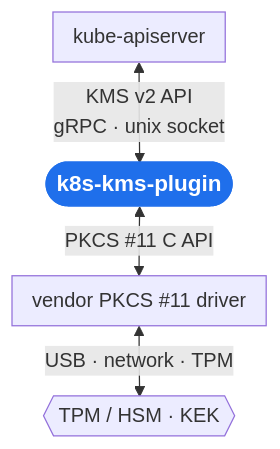
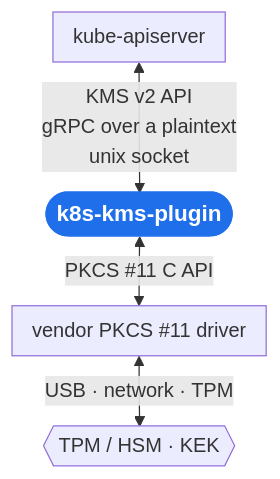
One commit to Nicolas-Peiffer/k8s-kms-plugin changed the diagram in README.md. Above: the diagram before and after it, drawn with Mermaid. The commit also changed 2 other files, not shown here.

Commit message:
docs: say the KMS v2 API runs as gRPC over a plaintext unix socket
A plaintext unix socket is the only transport the plugin offers for KMS
v2 (the TCP/TLS option was removed), so the diagram's first link now
says so, in both the README and the home page copy. The label wraps
over three lines to keep the diagram 219px wide.

The longer label made a Mermaid light-theme quirk visible: edge labels
sit on an 80%-opaque background, so the arrow shows through the text.
On the site, custom.css makes those labels opaque in light mode only;
Mermaid's dark theme is already opaque. It needs !important because
Mermaid scopes its own colours under a per-diagram ID selector. The
README copy is drawn by GitHub and keeps the default.

````diff
--- a/README.md
+++ b/README.md
@@ -34,13 +34,13 @@
 ```mermaid
 %%{init: {"flowchart": {"nodeSpacing": 16, "rankSpacing": 32, "padding": 8}}}%%
 flowchart TB
     K8S["kube-apiserver"]
     PLG(["k8s-kms-plugin"])
     DRV["vendor PKCS #11 driver"]
     HSM{{"TPM / HSM · KEK"}}
-    K8S <-->|"KMS v2 API<br/>gRPC · unix socket"| PLG
+    K8S <-->|"KMS v2 API<br/>gRPC over a plaintext<br/>unix socket"| PLG
     PLG <-->|"PKCS #11 C API"| DRV
     DRV <-->|"USB · network · TPM"| HSM
     classDef main fill:#1f6feb,stroke:#1f6feb,color:#fff,font-weight:bold,font-size:18px
     class PLG main
 ```
````
